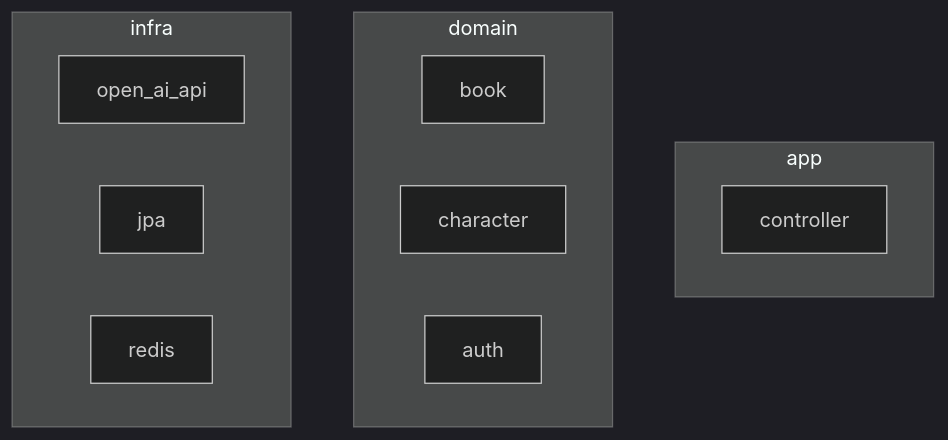
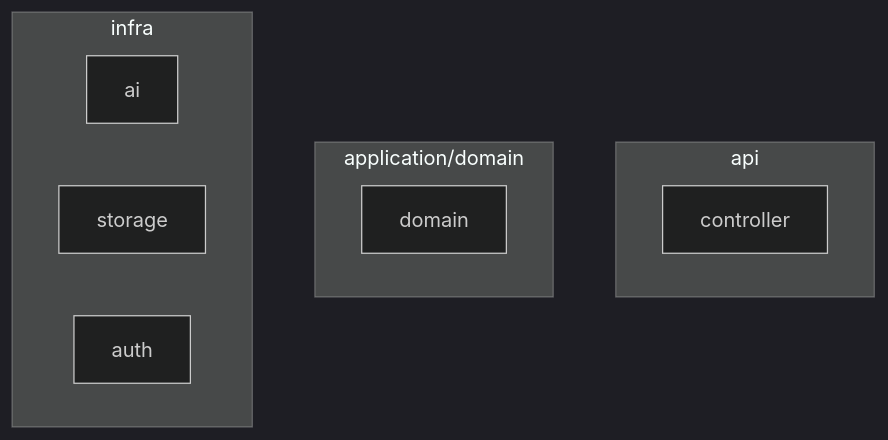
One commit to gzcxadfzc/gzcxadfzc.github.io changed the first of 2 diagrams in work.md. Above: the diagram before and after it, drawn with Mermaid (dark theme). The commit also changed other lines of this file and 5 other files, not shown here.

````diff
--- a/work.md
+++ b/work.md
@@ -65,22 +65,20 @@
 ```mermaid
 graph TD
 
 %% 그룹: controller
-    subgraph controller [app]
+    subgraph controller [api]
         app_api["controller"]
     end
 
 %% 그룹: domain
-    subgraph domain [domain]
-        book["book"]
-        character["character"]
-        auth["auth"]
+    subgraph domain [application/domain]
+        a["domain"]
     end
 
 %% 그룹: infra
     subgraph infra [infra]
-        open_ai_api["open_ai_api"]
-        jpa["jpa"]
-        redis["redis"]
+        ai["ai"]
+        storage[storage]
+        auth[auth]
     end
 ```
````
